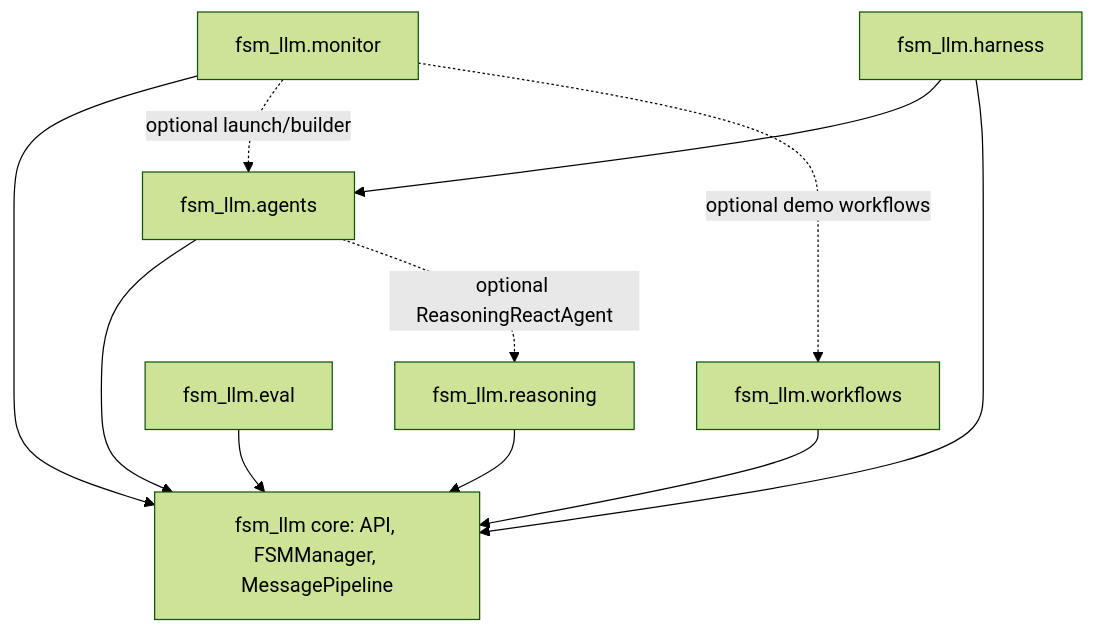
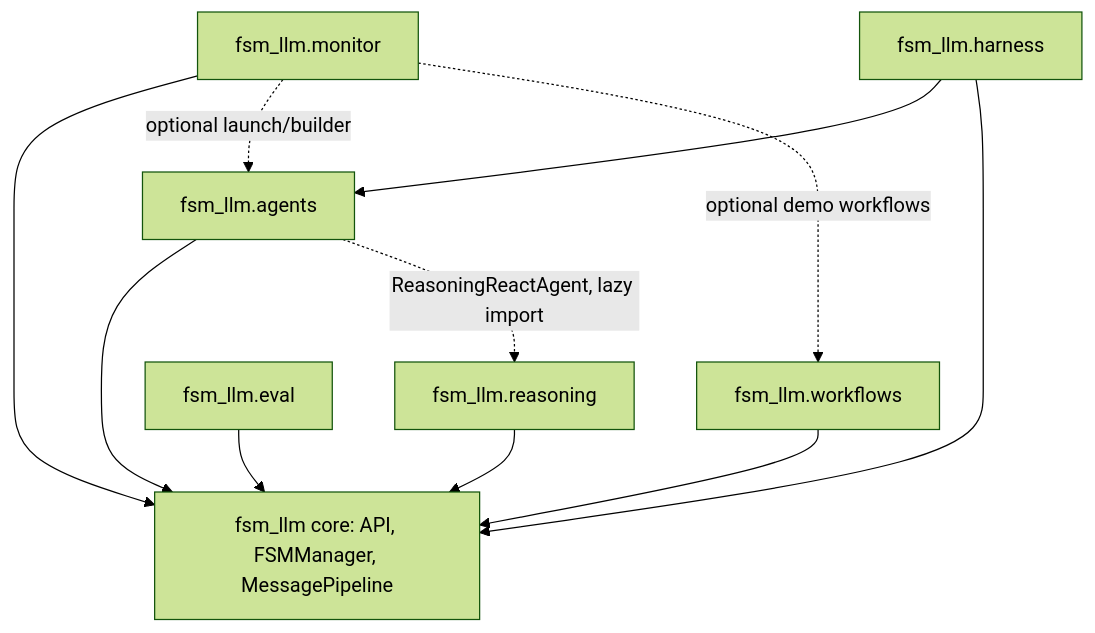
Before and after one commit to NikolasMarkou/fsm_llm: the diagram in CLAUDE.md, drawn with Mermaid (forest theme). The commit also changed other lines of this file and 17 other files, not shown here.

````diff
--- a/CLAUDE.md
+++ b/CLAUDE.md
@@ -15,14 +15,14 @@
 ```mermaid
 flowchart TD
     core[fsm_llm core: API, FSMManager, MessagePipeline]
     reasoning[fsm_llm.reasoning] --> core
     workflows[fsm_llm.workflows] --> core
     agents[fsm_llm.agents] --> core
-    agents -. optional ReasoningReactAgent .-> reasoning
+    agents -. ReasoningReactAgent, lazy import .-> reasoning
     monitor[fsm_llm.monitor] --> core
     monitor -. optional launch/builder .-> agents
     monitor -. optional demo workflows .-> workflows
     harness[fsm_llm.harness] --> agents
     harness --> core
     eval[fsm_llm.eval] --> core
 ```
````
